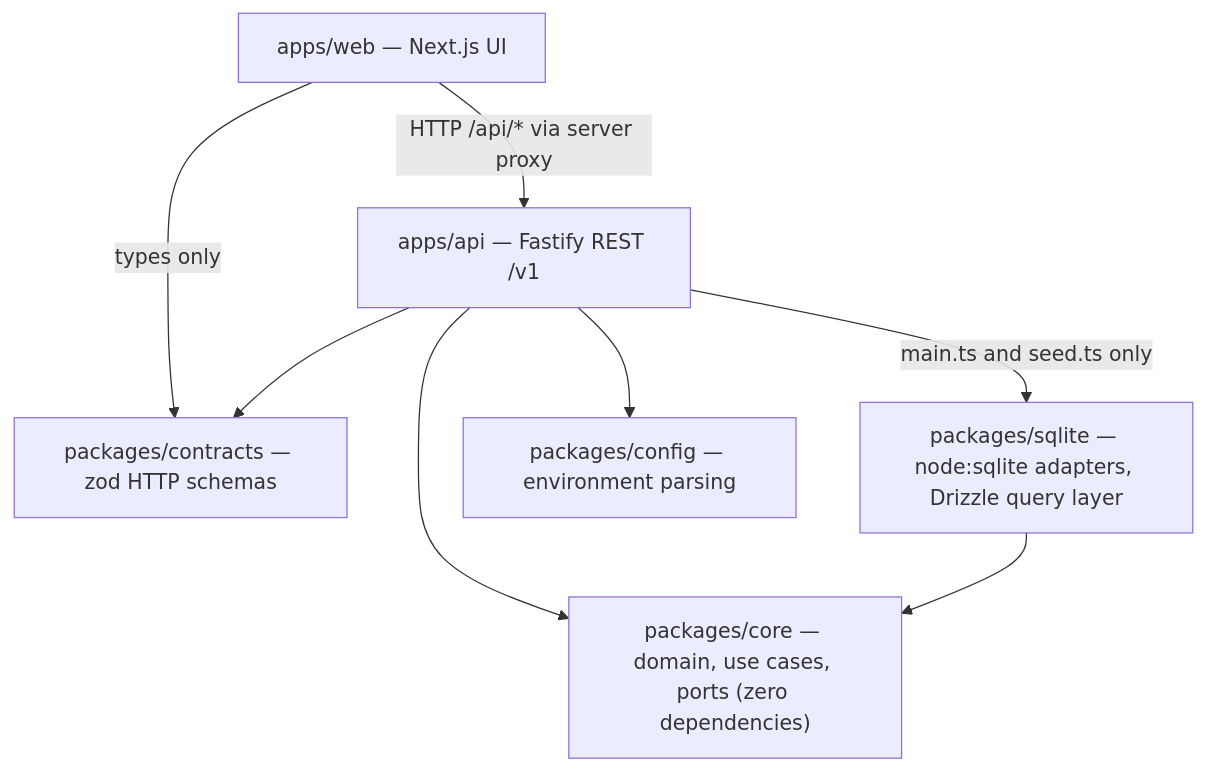
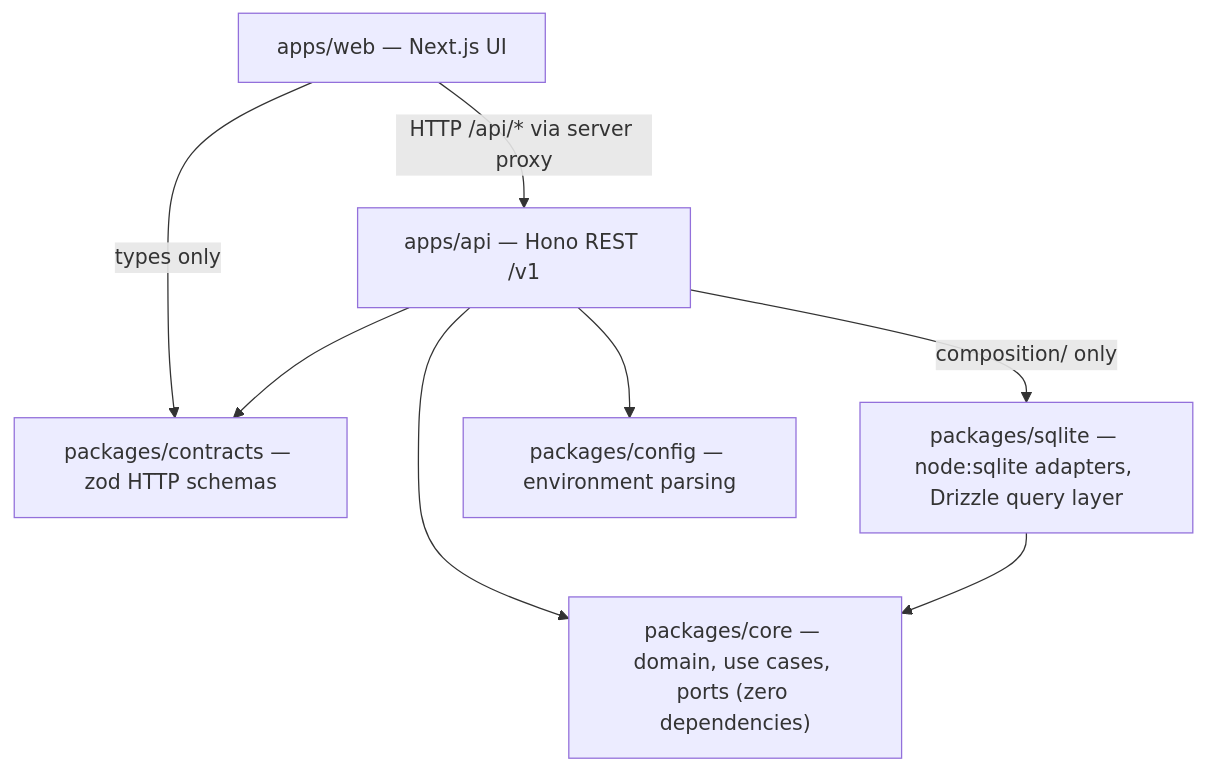
Before and after one commit to jkfenixIng/opskit: the diagram in README.md, drawn with Mermaid. The commit also changed other lines of this file, not shown here.

First line of the commit message:
docs: describe the Hono layering and HTTP edge behavior

````diff
--- a/README.md
+++ b/README.md
@@ -124,17 +126,17 @@
 ```mermaid
 flowchart TB
   web["apps/web — Next.js UI"]
-  api["apps/api — Fastify REST /v1"]
+  api["apps/api — Hono REST /v1"]
   contracts["packages/contracts — zod HTTP schemas"]
   core["packages/core — domain, use cases, ports (zero dependencies)"]
   sqlite["packages/sqlite — node:sqlite adapters, Drizzle query layer"]
   config["packages/config — environment parsing"]
 
   web -->|"types only"| contracts
   web -->|"HTTP /api/* via server proxy"| api
   api --> contracts
   api --> core
   api --> config
-  api -->|"main.ts and seed.ts only"| sqlite
+  api -->|"composition/ only"| sqlite
   sqlite --> core
 ```
````
